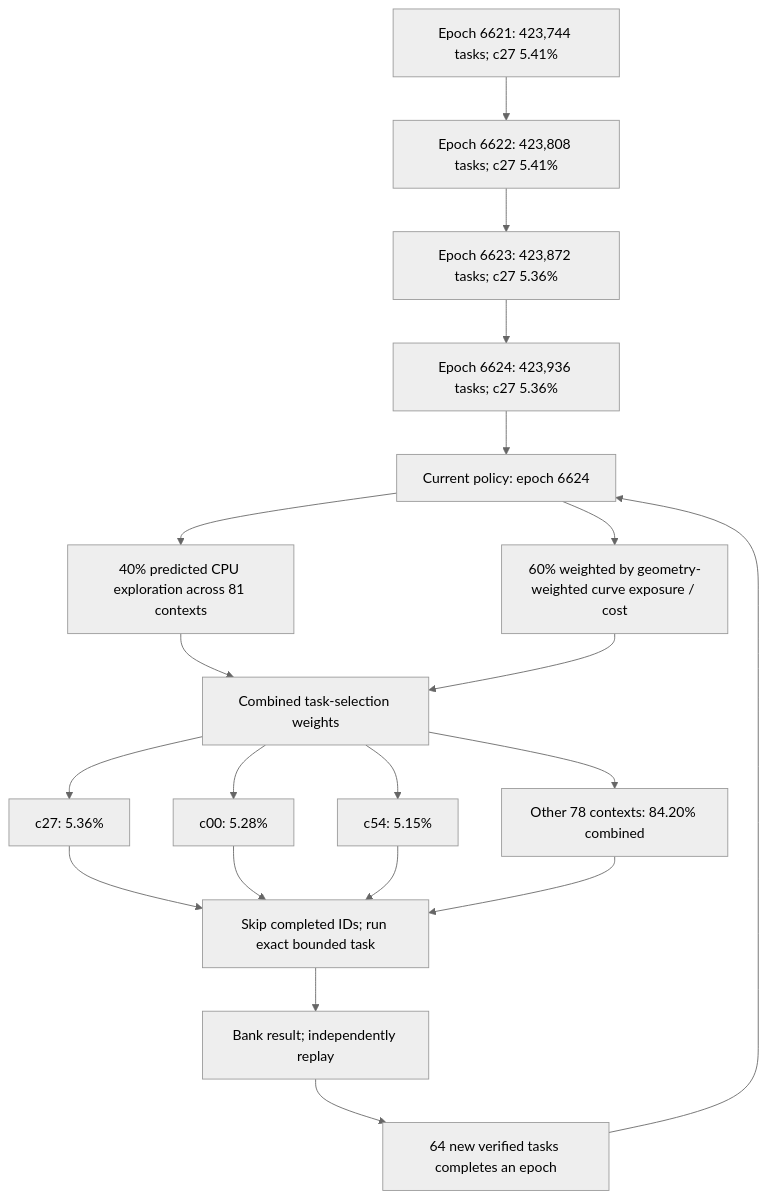
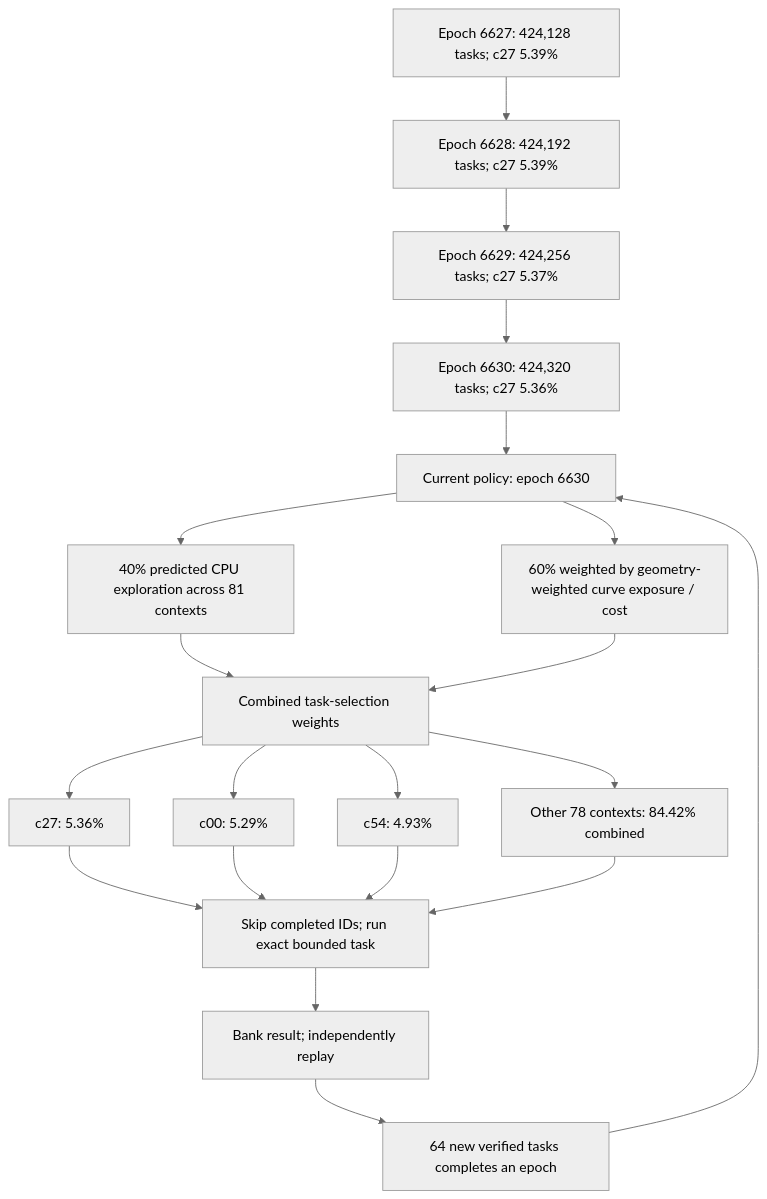
The first of 4 diagrams in README.md (Kuberwastaken/math-gambling), drawn with Mermaid (neutral theme) before and after one commit. The commit also changed other lines of this file and 1458 other files, not shown here.

````diff
--- a/README.md
+++ b/README.md
@@ -60,27 +60,27 @@
 ```mermaid
 flowchart TD
-    H0["Epoch 6621: 423,744 tasks; c27 5.41%"]
-    H1["Epoch 6622: 423,808 tasks; c27 5.41%"]
+    H0["Epoch 6627: 424,128 tasks; c27 5.39%"]
+    H1["Epoch 6628: 424,192 tasks; c27 5.39%"]
     H0 --> H1
-    H2["Epoch 6623: 423,872 tasks; c27 5.36%"]
+    H2["Epoch 6629: 424,256 tasks; c27 5.37%"]
     H1 --> H2
-    H3["Epoch 6624: 423,936 tasks; c27 5.36%"]
+    H3["Epoch 6630: 424,320 tasks; c27 5.36%"]
     H2 --> H3
-    Policy["Current policy: epoch 6624"]
+    Policy["Current policy: epoch 6630"]
     H3 --> Policy
     Policy --> Explore["40% predicted CPU exploration across 81 contexts"]
     Policy --> Cost["60% weighted by geometry-weighted curve exposure / cost"]
     Explore --> Mix["Combined task-selection weights"]
     Cost --> Mix
     Mix --> C0["c27: 5.36%"]
-    Mix --> C1["c00: 5.28%"]
-    Mix --> C2["c54: 5.15%"]
-    Mix --> Rest["Other 78 contexts: 84.20% combined"]
+    Mix --> C1["c00: 5.29%"]
+    Mix --> C2["c54: 4.93%"]
+    Mix --> Rest["Other 78 contexts: 84.42% combined"]
     C0 --> Check["Skip completed IDs; run exact bounded task"]
     C1 --> Check
     C2 --> Check
     Rest --> Check
     Check --> Replay["Bank result; independently replay"]
     Replay --> Gate["64 new verified tasks completes an epoch"]
     Gate --> Policy
 ```
````
